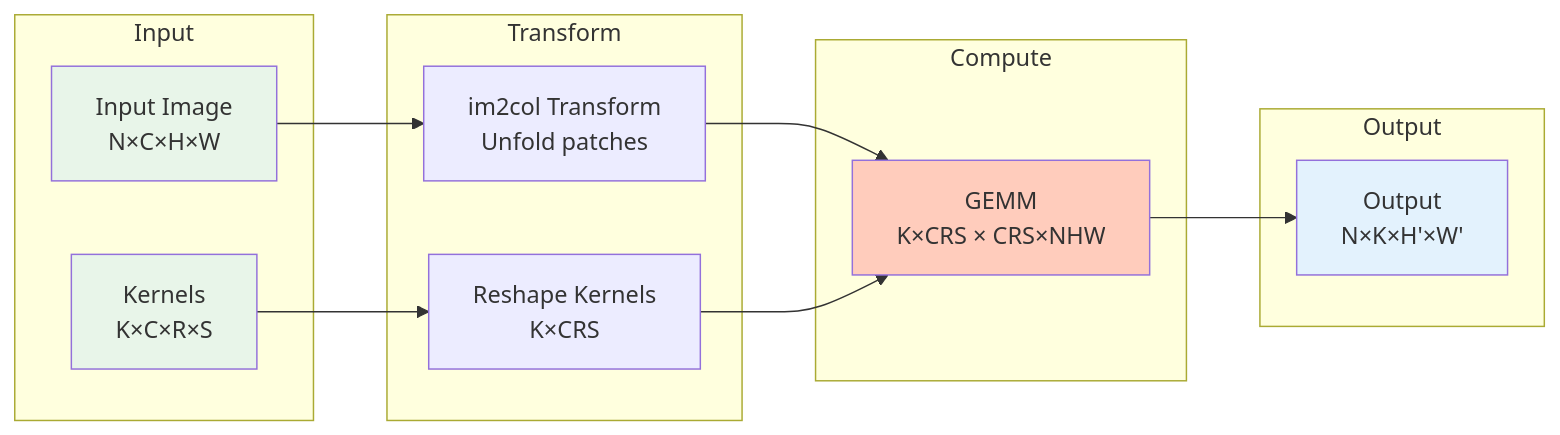
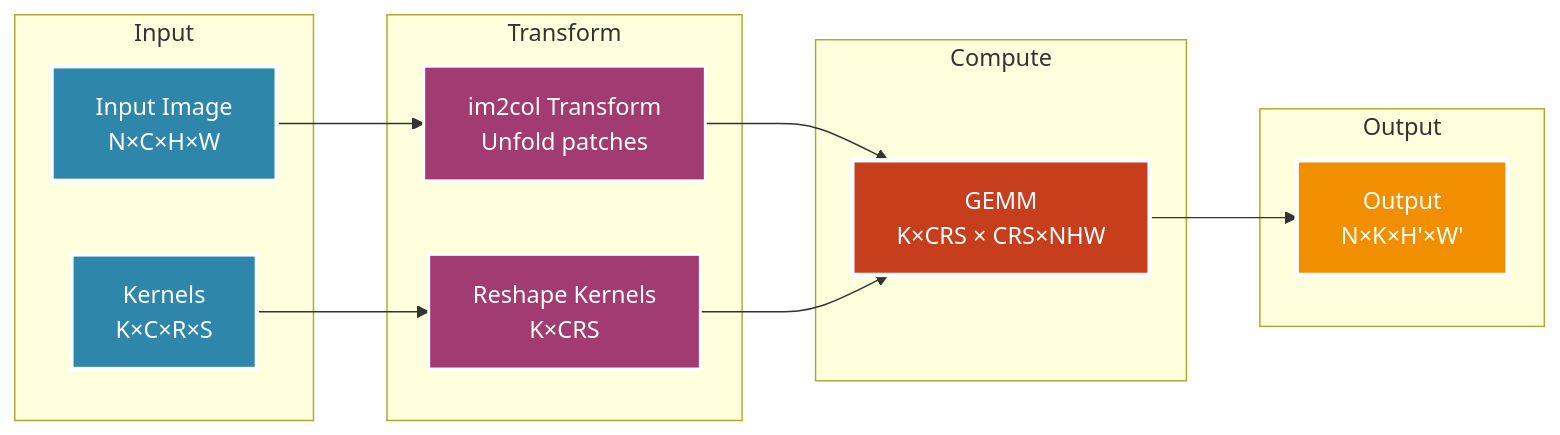
The third of 4 diagrams in README.md (LynnColeArt/guda), drawn with Mermaid before and after one commit. The commit also changed other lines of this file and 13 other files, not shown here.

First line of the commit message:
Update README with accurate architecture description and fix benchmarks

````diff
--- a/README.md
+++ b/README.md
@@ -249,31 +270,37 @@
 ```mermaid
 graph LR
     subgraph "Input"
         IMG[Input Image<br/>N×C×H×W]
         KERNEL[Kernels<br/>K×C×R×S]
     end
     
     subgraph "Transform"
         IM2COL[im2col Transform<br/>Unfold patches]
         RESHAPE[Reshape Kernels<br/>K×CRS]
     end
     
     subgraph "Compute"
         GEMM[GEMM<br/>K×CRS × CRS×NHW]
     end
     
     subgraph "Output"
         OUT[Output<br/>N×K×H'×W']
     end
     
     IMG --> IM2COL
     KERNEL --> RESHAPE
     IM2COL --> GEMM
     RESHAPE --> GEMM
     GEMM --> OUT
     
-    style IMG fill:#e8f5e9
-    style KERNEL fill:#e8f5e9
-    style GEMM fill:#ffccbc
-    style OUT fill:#e3f2fd
+    %% High contrast styling for accessibility
+    classDef inputData fill:#2E86AB,stroke:#ffffff,stroke-width:3px,color:#ffffff
+    classDef transform fill:#A23B72,stroke:#ffffff,stroke-width:2px,color:#ffffff
+    classDef compute fill:#C73E1D,stroke:#ffffff,stroke-width:3px,color:#ffffff
+    classDef output fill:#F18F01,stroke:#ffffff,stroke-width:3px,color:#ffffff
+    
+    class IMG,KERNEL inputData
+    class IM2COL,RESHAPE transform
+    class GEMM compute
+    class OUT output
 ```
````
